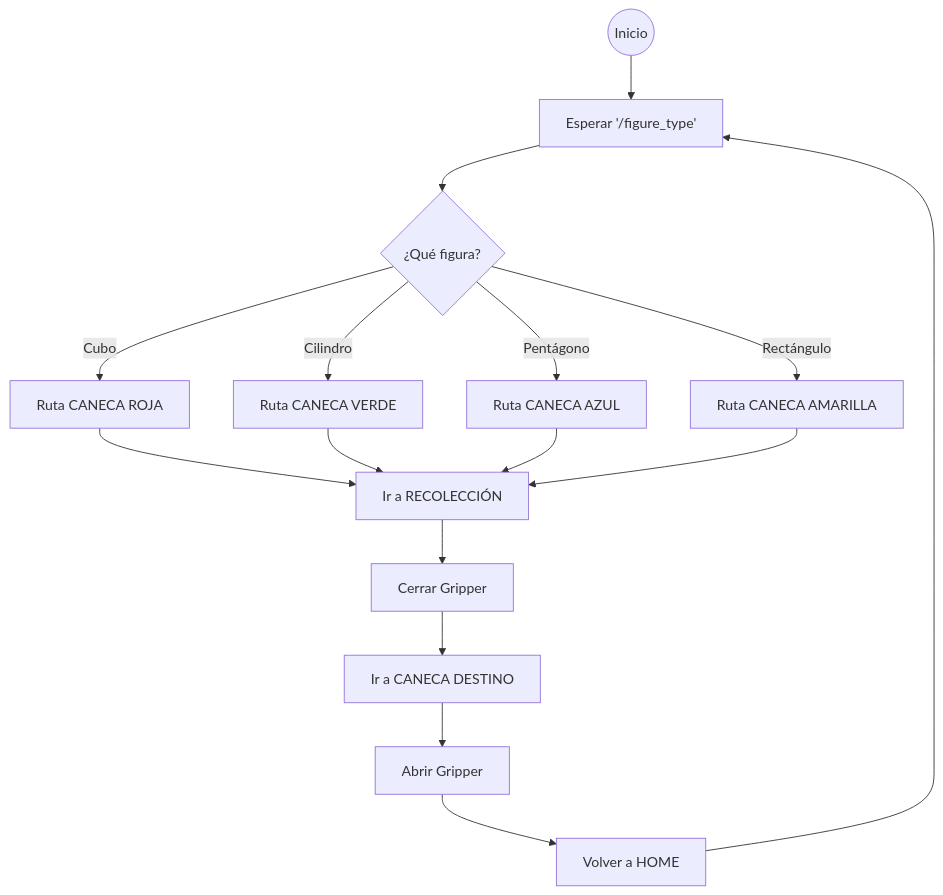
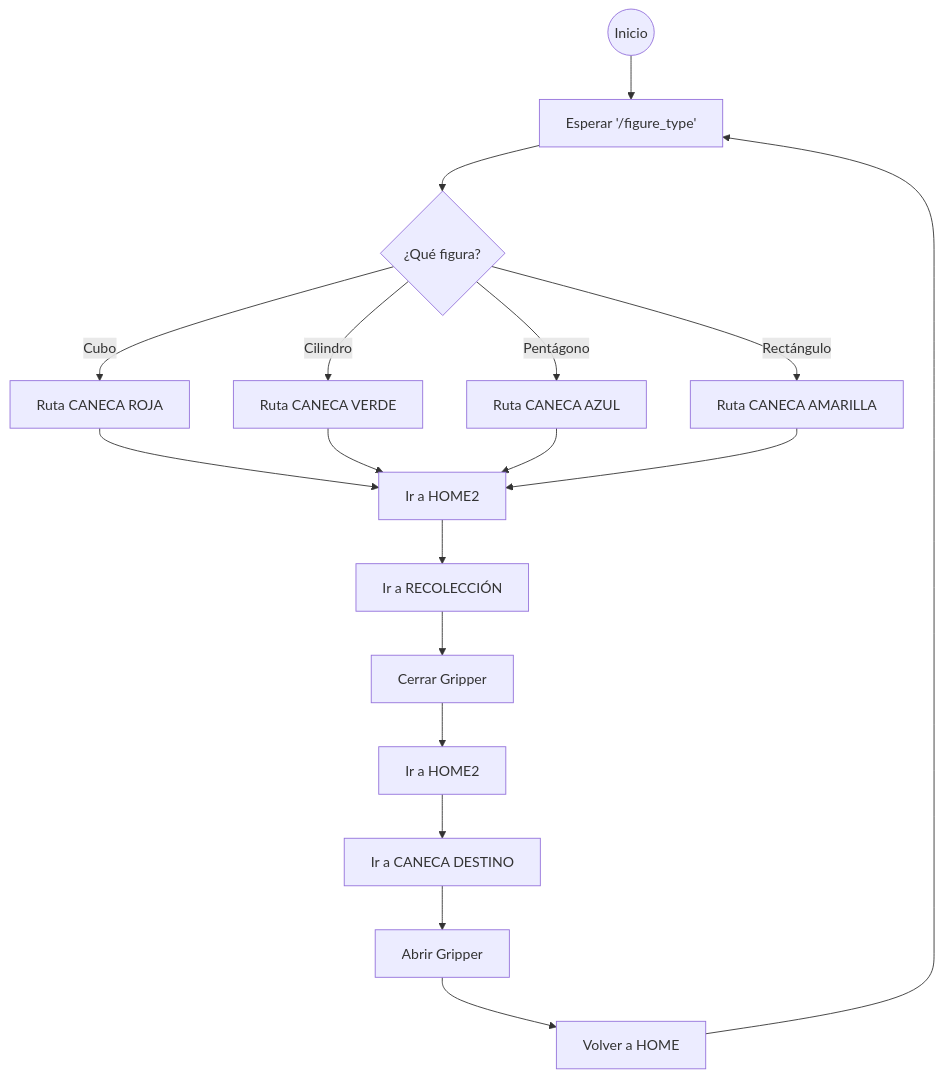
One commit to Zecro-Darkness/ProyectoRobotica changed the third of 6 diagrams in INFOME.md. Above: the diagram before and after it, drawn with Mermaid.

````diff
--- a/INFOME.md
+++ b/INFOME.md
@@ -284,22 +284,27 @@
 ```mermaid
 flowchart TD
     A((Inicio)) --> B["Esperar '/figure_type'"]
     B --> C{"¿Qué figura?"}
 
     C -- Cubo --> R1["Ruta CANECA ROJA"]
     C -- Cilindro --> R2["Ruta CANECA VERDE"]
     C -- Pentágono --> R3["Ruta CANECA AZUL"]
     C -- Rectángulo --> R4["Ruta CANECA AMARILLA"]
 
-    R1 --> D["Ir a RECOLECCIÓN"]
-    R2 --> D
-    R3 --> D
-    R4 --> D
+    R1 --> H1["Ir a HOME2"]
+    R2 --> H1
+    R3 --> H1
+    R4 --> H1
 
+    H1 --> D["Ir a RECOLECCIÓN"]
     D --> E["Cerrar Gripper"]
-    E --> F["Ir a CANECA DESTINO"]
+
+    E --> H2["Ir a HOME2"]
+    H2 --> F["Ir a CANECA DESTINO"]
+
     F --> G["Abrir Gripper"]
     G --> H["Volver a HOME"]
     H --> B
 
+
 ```
````
